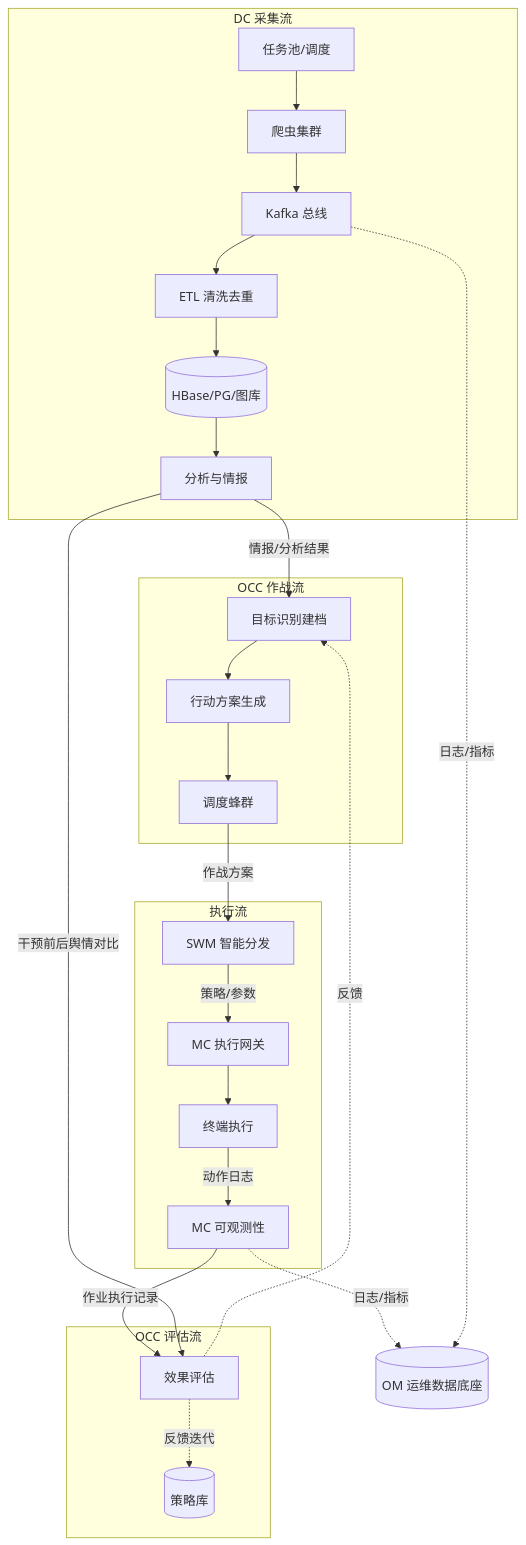
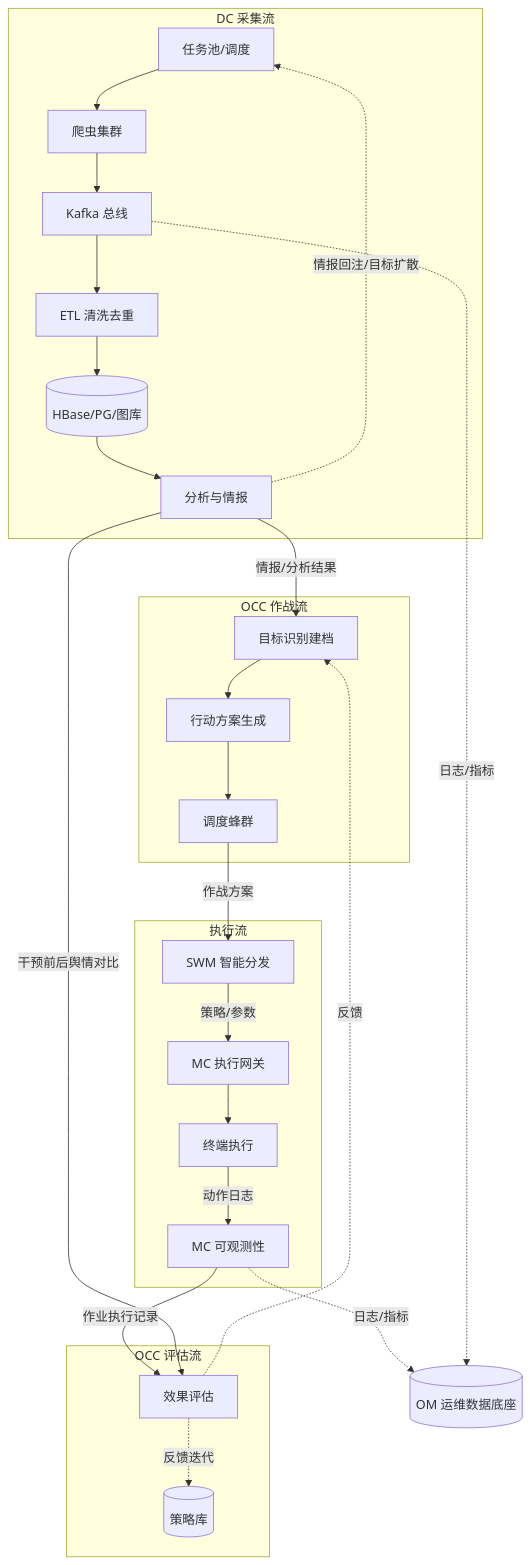
One commit to Sj-g/obsidian changed the seventh of 14 diagrams in 公司项目/认知作战/文档/软件概要设计说明.md. Above: the diagram before and after it, drawn with Mermaid. The commit also changed other lines of this file and 1 other file, not shown here.

````diff
--- a/公司项目/认知作战/文档/软件概要设计说明.md
+++ b/公司项目/认知作战/文档/软件概要设计说明.md
@@ -202,25 +215,26 @@
 ```mermaid
 flowchart TB
     subgraph 采集["DC 采集流"]
         T1["任务池/调度"] --> T2["爬虫集群"] --> T3["Kafka 总线"]
         T3 --> T4["ETL 清洗去重"] --> T5[("HBase/PG/图库")]
         T5 --> T6["分析与情报"]
+        T6 -.->|"情报回注/目标扩散"| T1
     end
     subgraph 作战["OCC 作战流"]
         T6 -->|"情报/分析结果"| O1["目标识别建档"]
         O1 --> O2["行动方案生成"] --> O3["调度蜂群"]
     end
     subgraph 执行["执行流"]
         O3 -->|"作战方案"| S1["SWM 智能分发"]
         S1 -->|"策略/参数"| M1["MC 执行网关"]
         M1 --> M2["终端执行"]
         M2 -->|"动作日志"| M3["MC 可观测性"]
     end
     subgraph 评估["OCC 评估流"]
         M3 -->|"作业执行记录"| O4["效果评估"]
         T6 -->|"干预前后舆情对比"| O4
         O4 -.->|"反馈迭代"| O5[("策略库")]
         O4 -.->|"反馈"| O1
     end
     M3 & T3 -.->|"日志/指标"| OM[("OM 运维数据底座")]
 ```
````
